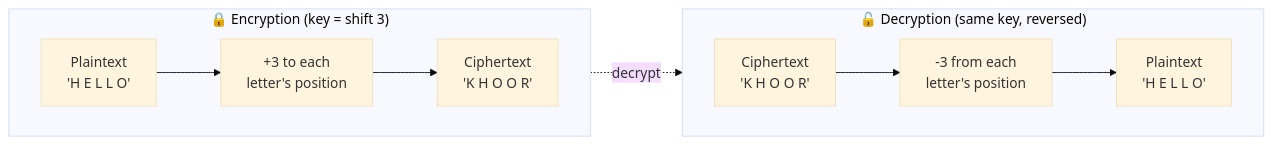
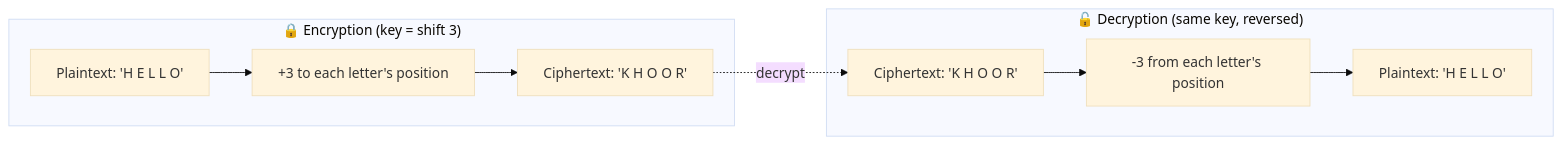
Before and after one commit to csoares/SecurityJava: the first of 6 diagrams in src/main/java/security/encryption/classic/README.md, drawn with Mermaid (base theme). The commit also changed other lines of this file and 10 other files, not shown here.

Commit message:
Refine README diagrams and descriptions for clarity and accuracy

````diff
--- a/src/main/java/security/encryption/classic/README.md
+++ b/src/main/java/security/encryption/classic/README.md
@@ -19,20 +19,18 @@
 ```mermaid
 flowchart LR
     subgraph Encrypt ["🔒 Encryption  (key = shift 3)"]
-        direction LR
-        PL["Plaintext<br/>'H E L L O'"]
-        OP["+3 to each<br/>letter's position"]
-        CT["Ciphertext<br/>'K H O O R'"]
+        PL["Plaintext: 'H E L L O'"]
+        OP["+3 to each letter's position"]
+        CT["Ciphertext: 'K H O O R'"]
         PL --> OP --> CT
     end
 
     subgraph Decrypt ["🔓 Decryption  (same key, reversed)"]
-        direction LR
-        CT2["Ciphertext<br/>'K H O O R'"]
-        OP2["-3 from each<br/>letter's position"]
-        PL2["Plaintext<br/>'H E L L O'"]
+        CT2["Ciphertext: 'K H O O R'"]
+        OP2["-3 from each letter's position"]
+        PL2["Plaintext: 'H E L L O'"]
         CT2 --> OP2 --> PL2
     end
 
     CT -.->|"decrypt"| CT2
 ```
````
